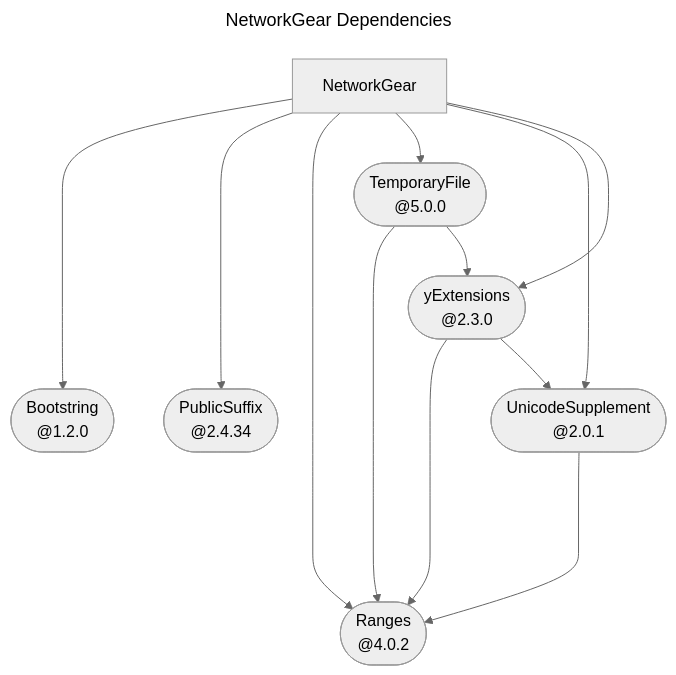
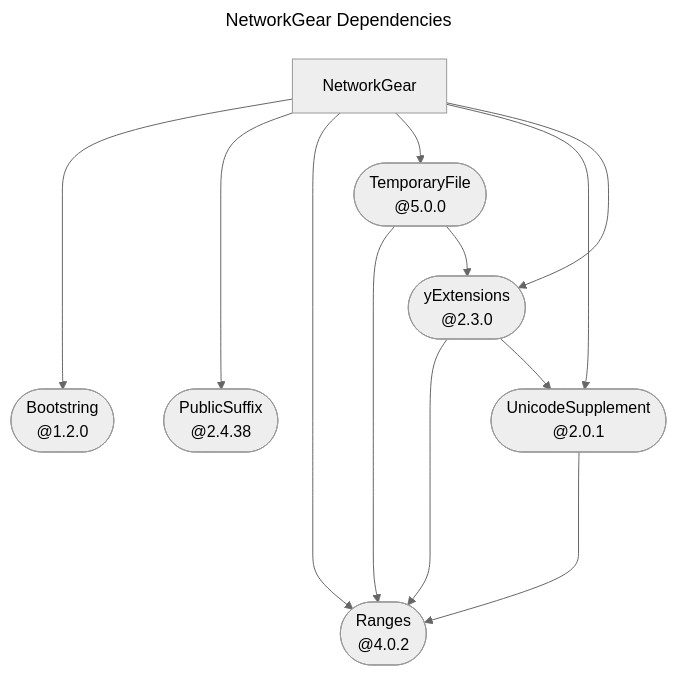
One commit to YOCKOW/SwiftNetworkGear changed the diagram in README.md. Above: the diagram before and after it, drawn with Mermaid (neutral theme).

Commit message:
Update "./README.md".
This commit is done by the workflow in [SwiftPackageHelperTools](https://GitHub.com/YOCKOW/SwiftPackageHelperTools.git).
- UUID: 9feb6055-9f56-4da1-8337-e999db146a13
- Date: 2026-09-28 01:32:20+0000

````diff
--- a/README.md
+++ b/README.md
@@ -15,34 +15,34 @@
 ```mermaid
 ---
 title: NetworkGear Dependencies
 ---
 flowchart TD
   swiftbootstring(["Bootstring<br>@1.2.0"])
   swiftnetworkgear["NetworkGear"]
-  swiftpublicsuffix(["PublicSuffix<br>@2.4.34"])
+  swiftpublicsuffix(["PublicSuffix<br>@2.4.38"])
   swiftranges(["Ranges<br>@4.0.2"])
   swifttemporaryfile(["TemporaryFile<br>@5.0.0"])
   swiftunicodesupplement(["UnicodeSupplement<br>@2.0.1"])
   yswiftextensions(["yExtensions<br>@2.3.0"])
 
   click swiftbootstring href "https://github.com/YOCKOW/SwiftBootstring.git"
   click swiftpublicsuffix href "https://github.com/YOCKOW/SwiftPublicSuffix.git"
   click swiftranges href "https://github.com/YOCKOW/SwiftRanges.git"
   click swifttemporaryfile href "https://github.com/YOCKOW/SwiftTemporaryFile.git"
   click swiftunicodesupplement href "https://github.com/YOCKOW/SwiftUnicodeSupplement.git"
   click yswiftextensions href "https://github.com/YOCKOW/ySwiftExtensions.git"
 
   swiftnetworkgear ----> swiftbootstring
   swiftnetworkgear ----> swiftpublicsuffix
   swiftnetworkgear ----> swiftranges
   swiftnetworkgear --> swifttemporaryfile
   swiftnetworkgear --> swiftunicodesupplement
   swiftnetworkgear --> yswiftextensions
   swifttemporaryfile ----> swiftranges
   swifttemporaryfile --> yswiftextensions
   swiftunicodesupplement ----> swiftranges
   yswiftextensions ----> swiftranges
   yswiftextensions --> swiftunicodesupplement
 
 
 ```
````
